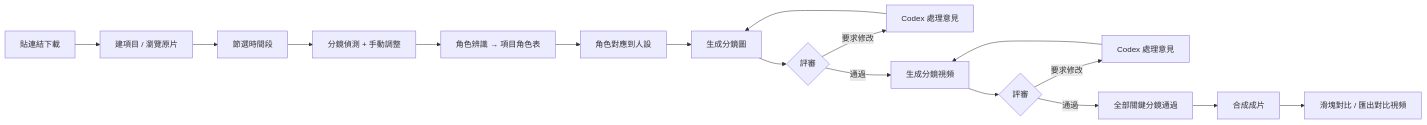
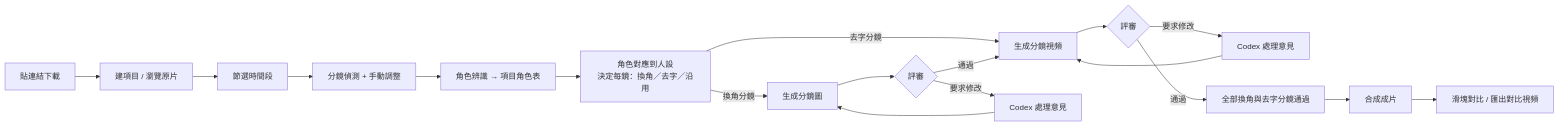
One commit to LienJack/AniRecast changed the diagram in .trellis/tasks/10-24-anirecast-prd/prd.md. Above: the diagram before and after it, drawn with Mermaid. The commit also changed other lines of this file and 1 other file, not shown here.

````diff
--- a/.trellis/tasks/10-24-anirecast-prd/prd.md
+++ b/.trellis/tasks/10-24-anirecast-prd/prd.md
@@ -57,17 +60,18 @@
 ```mermaid
 flowchart LR
   A[貼連結下載] --> B[建項目 / 瀏覽原片]
   B --> C[節選時間段]
   C --> D[分鏡偵測 + 手動調整]
   D --> E[角色辨識 → 項目角色表]
-  E --> F[角色對應到人設]
-  F --> G[生成分鏡圖]
+  E --> F[角色對應到人設<br/>決定每鏡：換角／去字／沿用]
+  F -- 去字分鏡 --> J
+  F -- 換角分鏡 --> G[生成分鏡圖]
   G --> H{評審}
   H -- 要求修改 --> I[Codex 處理意見] --> G
   H -- 通過 --> J[生成分鏡視頻]
   J --> K{評審}
   K -- 要求修改 --> L[Codex 處理意見] --> J
-  K -- 通過 --> M[全部關鍵分鏡通過]
+  K -- 通過 --> M[全部換角與去字分鏡通過]
   M --> N[合成成片]
   N --> O[滑塊對比 / 匯出對比視頻]
 ```
````
